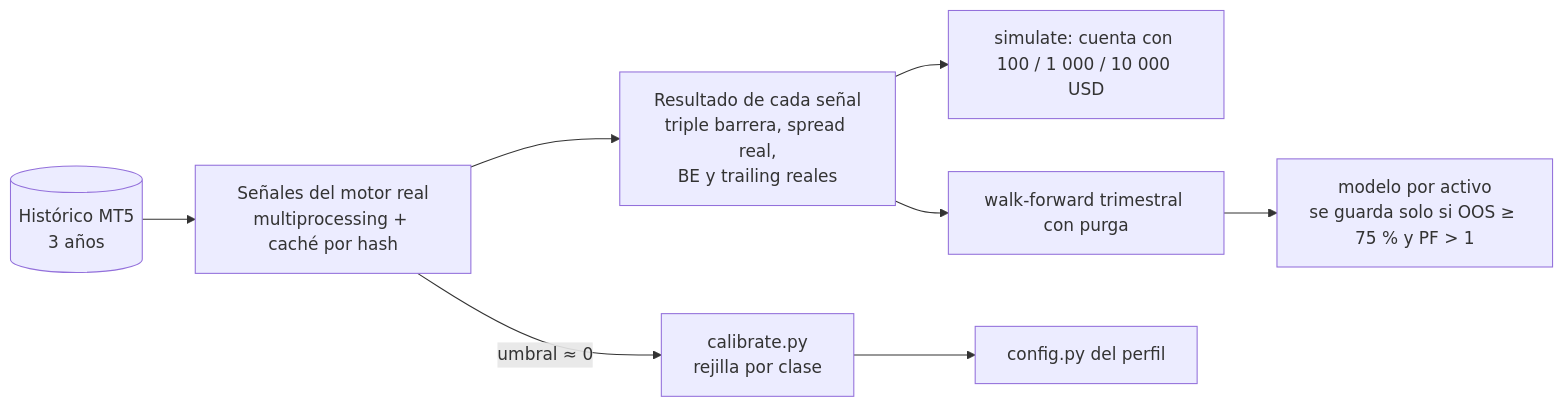
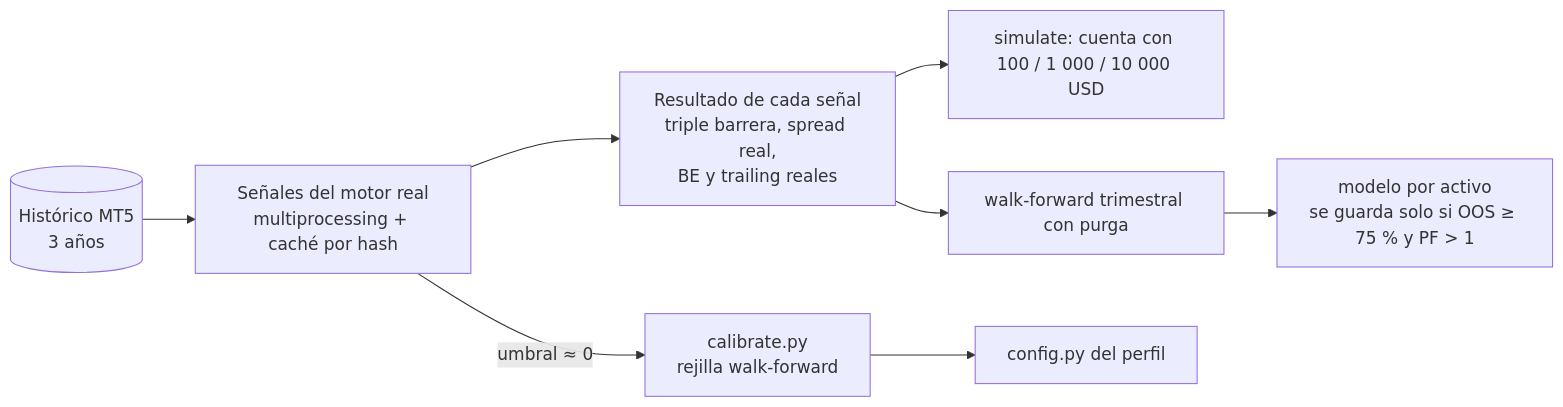
Before and after one commit to BlackEagle00/Bot-XAU-USD: the fifth of 5 diagrams in docs/ARCHITECTURE.md, drawn with Mermaid. The commit also changed other lines of this file and 37 other files, not shown here.

````diff
--- a/docs/ARCHITECTURE.md
+++ b/docs/ARCHITECTURE.md
@@ -122,10 +154,10 @@
 ```mermaid
 flowchart LR
     H[(Histórico MT5<br/>3 años)] --> S[Señales del motor real<br/>multiprocessing + caché por hash]
     S --> O[Resultado de cada señal<br/>triple barrera, spread real,<br/>BE y trailing reales]
     O --> SIM[simulate: cuenta con 100 / 1 000 / 10 000 USD]
     O --> WF[walk-forward trimestral con purga]
     WF --> ML[modelo por activo<br/>se guarda solo si OOS ≥ 75 % y PF > 1]
-    S -- "umbral ≈ 0" --> CAL[calibrate.py<br/>rejilla por clase]
+    S -- "umbral ≈ 0" --> CAL[calibrate.py<br/>rejilla walk-forward]
     CAL --> CFG[config.py del perfil]
 ```
````
